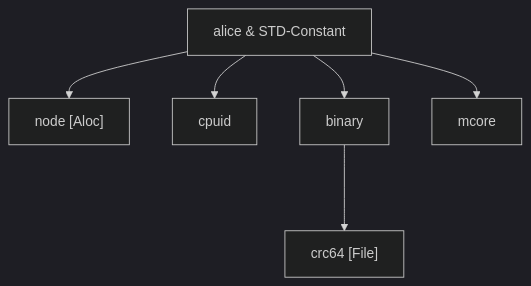
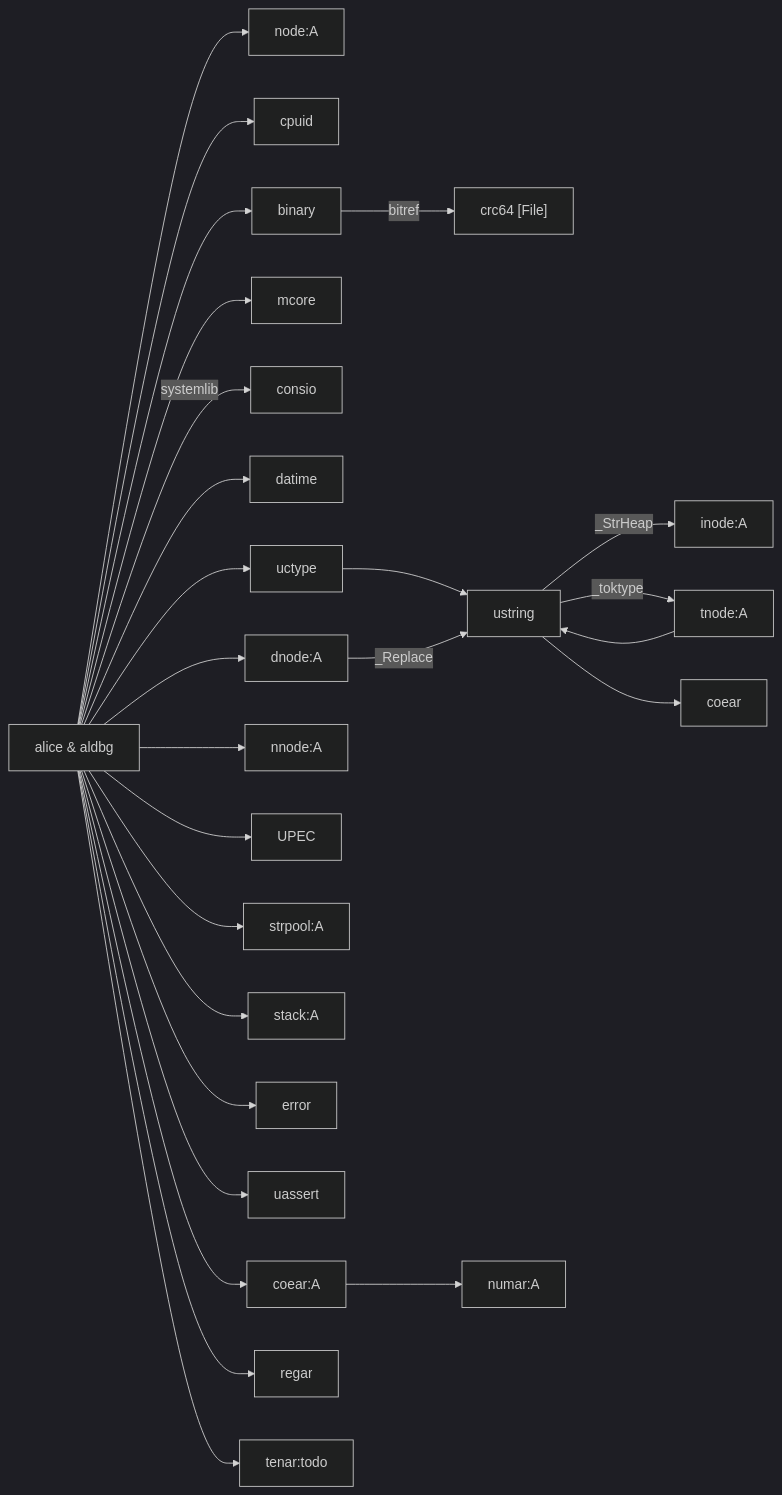
Before and after one commit to ArinaMgk/unisym: the diagram in doc/DEPEND.md, drawn with Mermaid (dark theme). The commit also changed other lines of this file and 229 other files, not shown here.

````diff
--- a/doc/DEPEND.md
+++ b/doc/DEPEND.md
@@ -7,8 +11,24 @@
 ```mermaid
-graph TB
+graph LR
 	%% CPL
-	root[alice & STD-Constant]-->node["node [Aloc]"]
+	root[alice & aldbg]-->node:A
 	root-->cpuid[cpuid]
-	root-->binary[binary]--->hash_crc64["crc64 [File]"]
+	root-->binary[binary]--bitref-->hash_crc64["crc64 [File]"]
 	root-->mcore
+	root--systemlib-->consio
+	root-->datime
+	root-->uctype-->ustring
+	root-->dnode:A--_Replace-->ustring
+	ustring--_StrHeap-->inode:A
+	ustring--_toktype-->tnode[tnode:A]-->ustring
+	ustring-->coear
+	root-->nnode:A
+	root-->UPEC
+	root-->strpool:A
+	root-->stack:A
+	root-->error
+	root-->uassert
+	root-->coear:A-->numar:A
+	root-->regar
+	root-->tenar:todo
 ```
````
